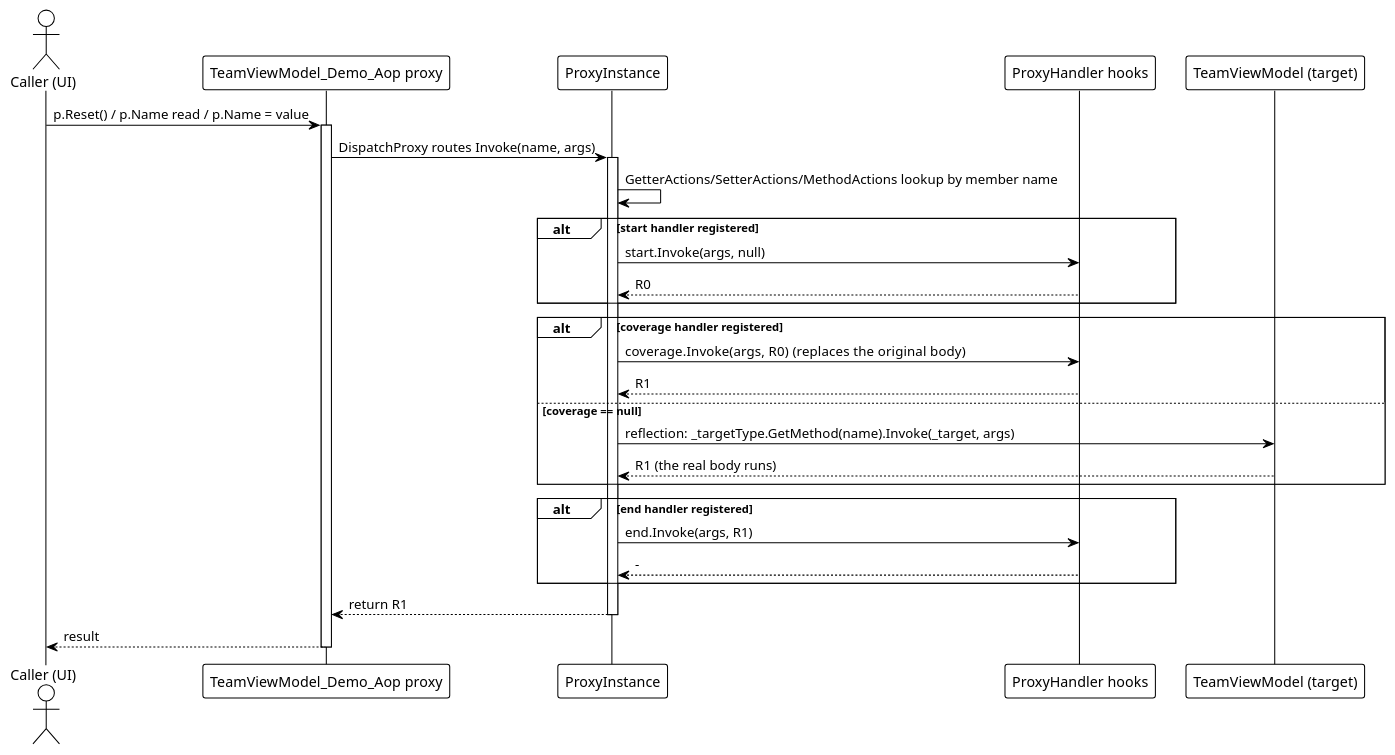
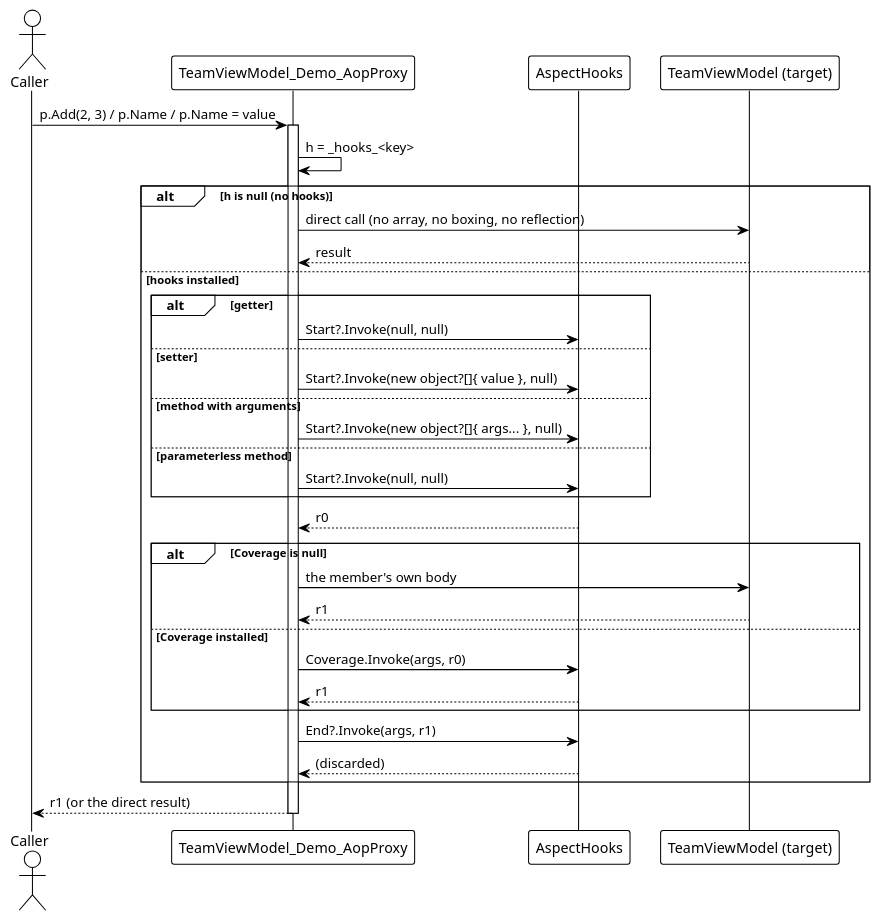
The third of 3 diagrams in src/CloudGlyph/Assets/Docs/content/en/3_SE_Analysis/03_data-flow/05_aop/index.md (Axvser/VeloxDev.Docs), drawn with PlantUML before and after one commit. The commit also changed other lines of this file and 616 other files, not shown here.

````diff
--- a/src/CloudGlyph/Assets/Docs/content/en/3_SE_Analysis/03_data-flow/05_aop/index.md
+++ b/src/CloudGlyph/Assets/Docs/content/en/3_SE_Analysis/03_data-flow/05_aop/index.md
@@ -66,42 +99,45 @@
 ```plantuml
 @startuml
 !theme plain
 
-actor "Caller (UI)" as C
-participant "TeamViewModel_Demo_Aop proxy" as P
-participant "ProxyInstance" as PI
-participant "ProxyHandler hooks" as H
+actor "Caller" as C
+participant "TeamViewModel_Demo_AopProxy" as P
+participant "AspectHooks" as H
 participant "TeamViewModel (target)" as T
 
-C -> P: p.Reset() / p.Name read / p.Name = value
+C -> P: p.Add(2, 3) / p.Name / p.Name = value
 activate P
-P -> PI: DispatchProxy routes Invoke(name, args)
-activate PI
+P -> P: h = _hooks_<key>
 
-PI -> PI: GetterActions/SetterActions/MethodActions lookup by member name
+alt h is null (no hooks)
+    P -> T: direct call (no array, no boxing, no reflection)
+    T --> P: result
+else hooks installed
+    alt getter
+        P -> H: Start?.Invoke(null, null)
+    else setter
+        P -> H: Start?.Invoke(new object?[]{ value }, null)
+    else method with arguments
+        P -> H: Start?.Invoke(new object?[]{ args... }, null)
+    else parameterless method
+        P -> H: Start?.Invoke(null, null)
+    end
+    H --> P: r0
 
-alt start handler registered
-    PI -> H: start.Invoke(args, null)
-    H --> PI: R0
+    alt Coverage is null
+        P -> T: the member's own body
+        T --> P: r1
+    else Coverage installed
+        P -> H: Coverage.Invoke(args, r0)
+        H --> P: r1
+    end
+
+    P -> H: End?.Invoke(args, r1)
+    H --> P: (discarded)
 end
 
-alt coverage handler registered
-    PI -> H: coverage.Invoke(args, R0)   (replaces the original body)
-    H --> PI: R1
-else coverage == null
-    PI -> T: reflection: _targetType.GetMethod(name).Invoke(_target, args)
-    T --> PI: R1 (the real body runs)
-end
-
-alt end handler registered
-    PI -> H: end.Invoke(args, R1)
-    H --> PI: -
-end
-
-PI --> P: return R1
-deactivate PI
-P --> C: result
+P --> C: r1 (or the direct result)
 deactivate P
 
 @enduml
 ```
````
